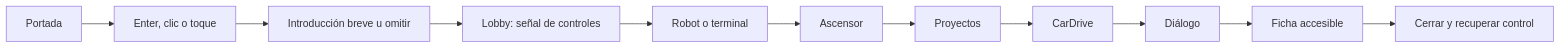
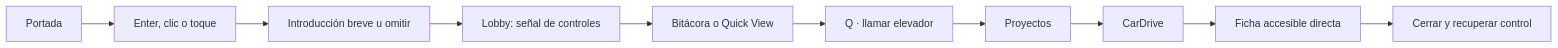
One commit to jorcolito/Portafolio changed the second of 2 diagrams in docs/GAME_DESIGN_DOCUMENT.md. Above: the diagram before and after it, drawn with Mermaid. The commit also changed other lines of this file and 45 other files, not shown here.

````diff
--- a/docs/GAME_DESIGN_DOCUMENT.md
+++ b/docs/GAME_DESIGN_DOCUMENT.md
@@ -84,13 +83,12 @@
 ```mermaid
 flowchart LR
   A["Portada"] --> B["Enter, clic o toque"]
   B --> C["Introducción breve u omitir"]
   C --> D["Lobby: señal de controles"]
-  D --> E["Robot o terminal"]
-  E --> F["Ascensor"]
+  D --> E["Bitácora o Quick View"]
+  E --> F["Q · llamar elevador"]
   F --> G["Proyectos"]
   G --> H["CarDrive"]
-  H --> I["Diálogo"]
-  I --> J["Ficha accesible"]
-  J --> K["Cerrar y recuperar control"]
+  H --> I["Ficha accesible directa"]
+  I --> J["Cerrar y recuperar control"]
 ```
````
